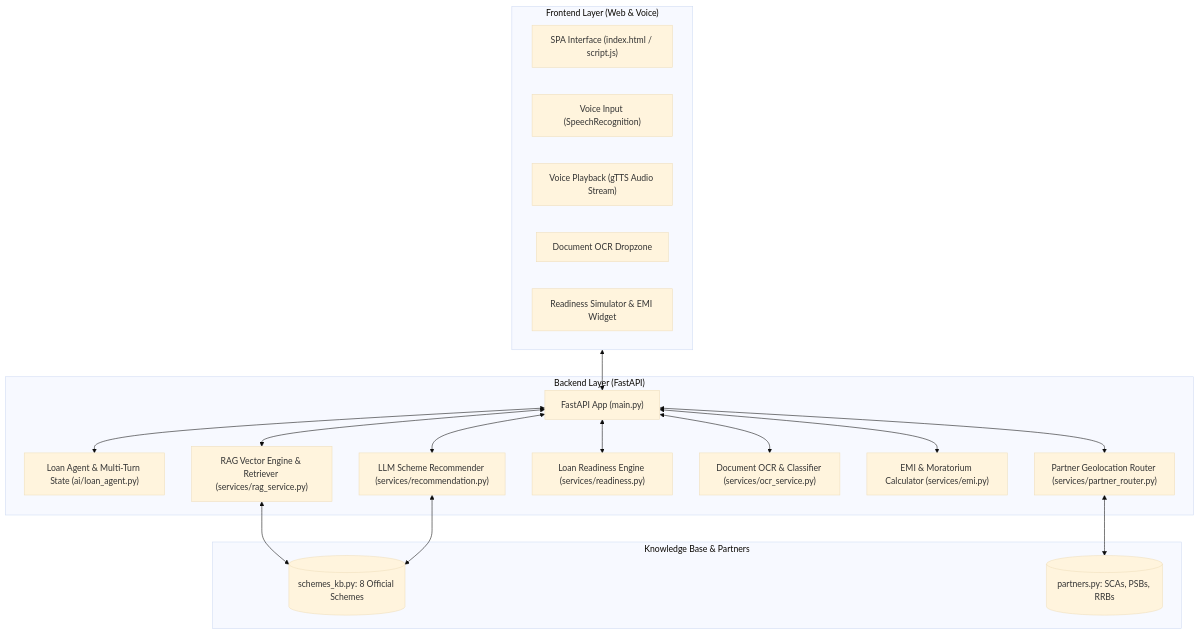
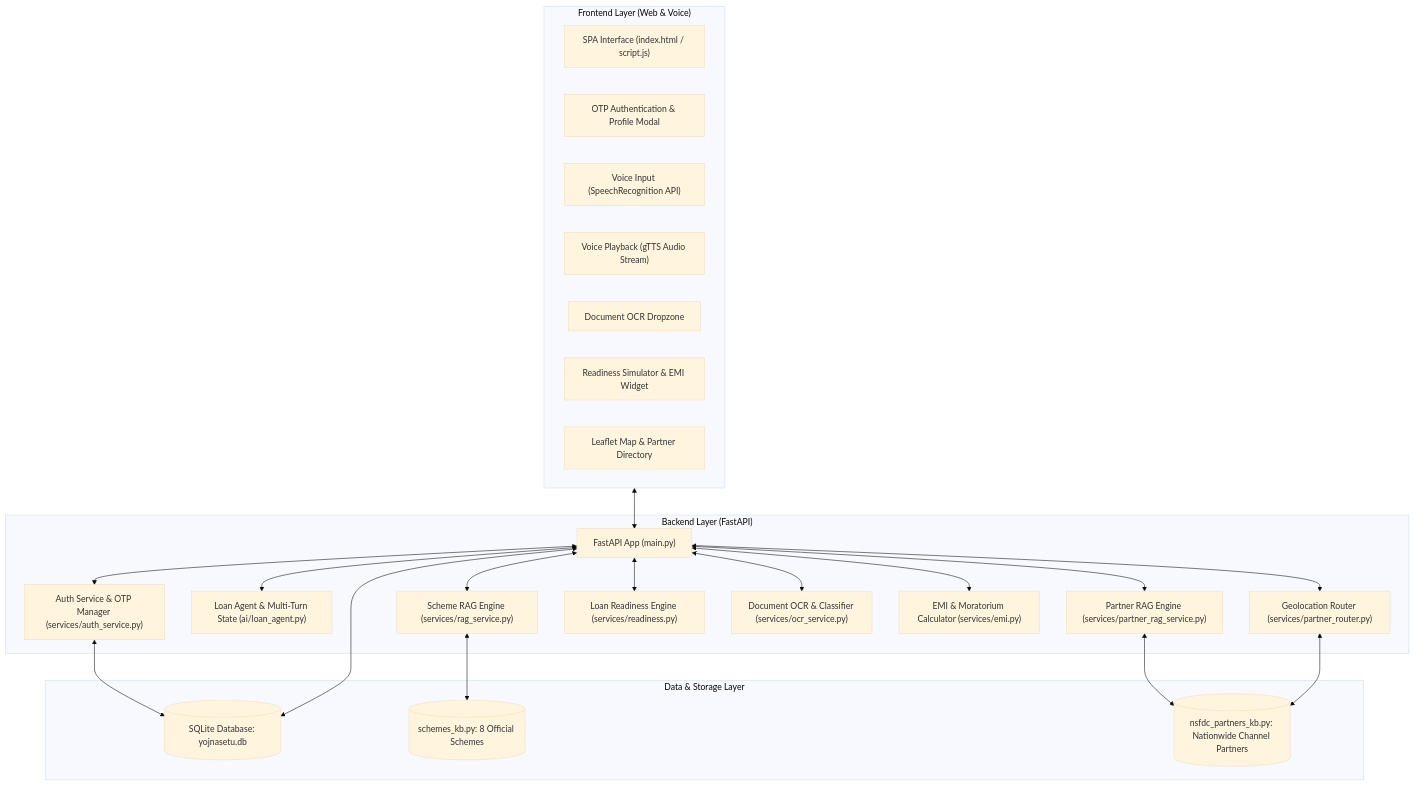
Before and after one commit to goelmanan-hub/SC-Loan-Platform: the diagram in README.md, drawn with Mermaid (base theme). The commit also changed other lines of this file and 17 other files, not shown here.

Commit message:
feat: Add OTP authentication, SQLite persistence, nationwide Channel Partner RAG, and update README

````diff
--- a/README.md
+++ b/README.md
@@ -64,38 +68,46 @@
 ```mermaid
 flowchart TD
     subgraph Client ["Frontend Layer (Web & Voice)"]
         UI["SPA Interface (index.html / script.js)"]
-        Mic["Voice Input (SpeechRecognition)"]
+        AuthModal["OTP Authentication & Profile Modal"]
+        Mic["Voice Input (SpeechRecognition API)"]
         Audio["Voice Playback (gTTS Audio Stream)"]
         Dropzone["Document OCR Dropzone"]
         Sim["Readiness Simulator & EMI Widget"]
+        Map["Leaflet Map & Partner Directory"]
     end
 
     subgraph Server ["Backend Layer (FastAPI)"]
         API["FastAPI App (main.py)"]
+        Auth["Auth Service & OTP Manager (services/auth_service.py)"]
         Agent["Loan Agent & Multi-Turn State (ai/loan_agent.py)"]
-        RAG["RAG Vector Engine & Retriever (services/rag_service.py)"]
-        Rec["LLM Scheme Recommender (services/recommendation.py)"]
+        SchemeRAG["Scheme RAG Engine (services/rag_service.py)"]
+        PartnerRAG["Partner RAG Engine (services/partner_rag_service.py)"]
         Readiness["Loan Readiness Engine (services/readiness.py)"]
         OCR["Document OCR & Classifier (services/ocr_service.py)"]
         EMI["EMI & Moratorium Calculator (services/emi.py)"]
-        Partner["Partner Geolocation Router (services/partner_router.py)"]
+        PartnerRouter["Geolocation Router (services/partner_router.py)"]
     end
 
-    subgraph Data ["Knowledge Base & Partners"]
-        KB[("schemes_kb.py: 8 Official Schemes")]
-        Partners[("partners.py: SCAs, PSBs, RRBs")]
+    subgraph Persistence ["Data & Storage Layer"]
+        DB[(SQLite Database: yojnasetu.db)]
+        SchemesKB[("schemes_kb.py: 8 Official Schemes")]
+        PartnersKB[("nsfdc_partners_kb.py: Nationwide Channel Partners")]
     end
 
     Client <--> API
+    API <--> Auth
     API <--> Agent
-    API <--> RAG
-    API <--> Rec
+    API <--> SchemeRAG
+    API <--> PartnerRAG
     API <--> Readiness
     API <--> OCR
     API <--> EMI
-    API <--> Partner
-    RAG <--> KB
-    Rec <--> KB
-    Partner <--> Partners
+    API <--> PartnerRouter
+
+    Auth <--> DB
+    API <--> DB
+    SchemeRAG <--> SchemesKB
+    PartnerRAG <--> PartnersKB
+    PartnerRouter <--> PartnersKB
 ```
````
